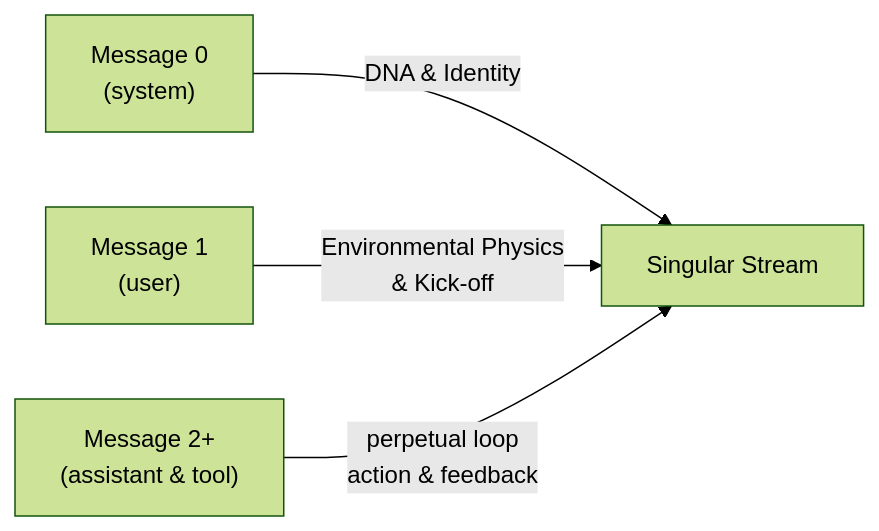
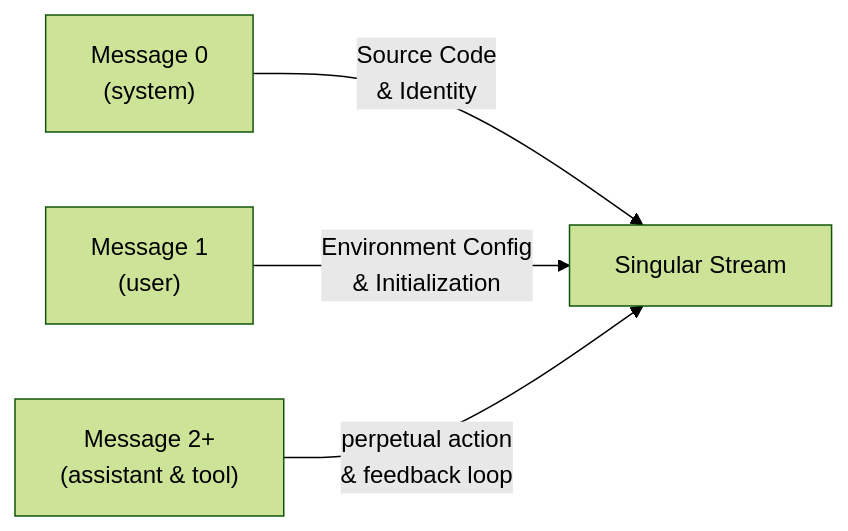
One commit to Redna/talos_runtime changed the third of 8 diagrams in docs/ARCHITECTURE.md. Above: the diagram before and after it, drawn with Mermaid (forest theme). The commit also changed other lines of this file, not shown here.

Commit message:
Rewrite architecture doc: formal style, reduced biological references

````diff
--- a/docs/ARCHITECTURE.md
+++ b/docs/ARCHITECTURE.md
@@ -74,6 +64,6 @@
 ```mermaid
 graph LR
-    M0["Message 0<br/>(system)"] -->|"DNA & Identity"| S["Singular Stream"]
-    M1["Message 1<br/>(user)"] -->|"Environmental Physics<br/>& Kick-off"| S
-    M2["Message 2+<br/>(assistant & tool)"] -->|"perpetual loop<br/>action & feedback"| S
+    M0["Message 0<br/>(system)"] -->|"Source Code<br/>& Identity"| S["Singular Stream"]
+    M1["Message 1<br/>(user)"] -->|"Environment Config<br/>& Initialization"| S
+    M2["Message 2+<br/>(assistant & tool)"] -->|"perpetual action<br/>& feedback loop"| S
 ```
````
